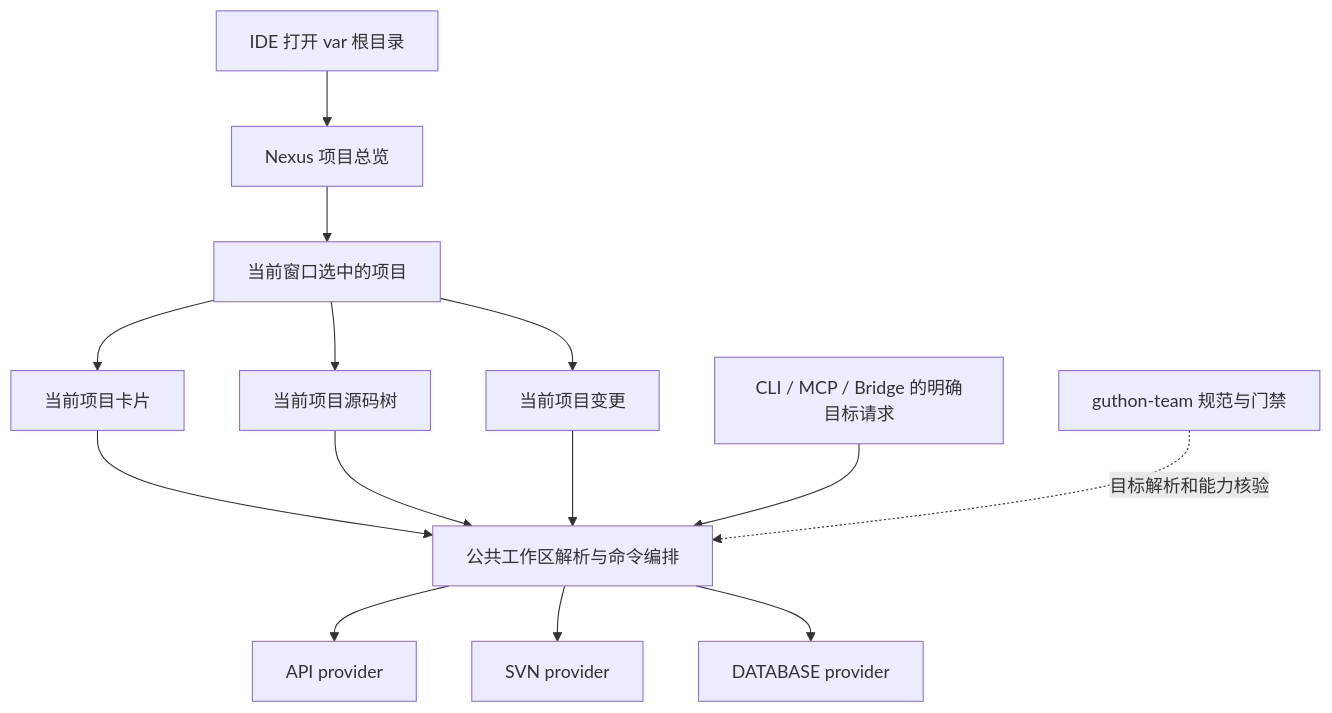
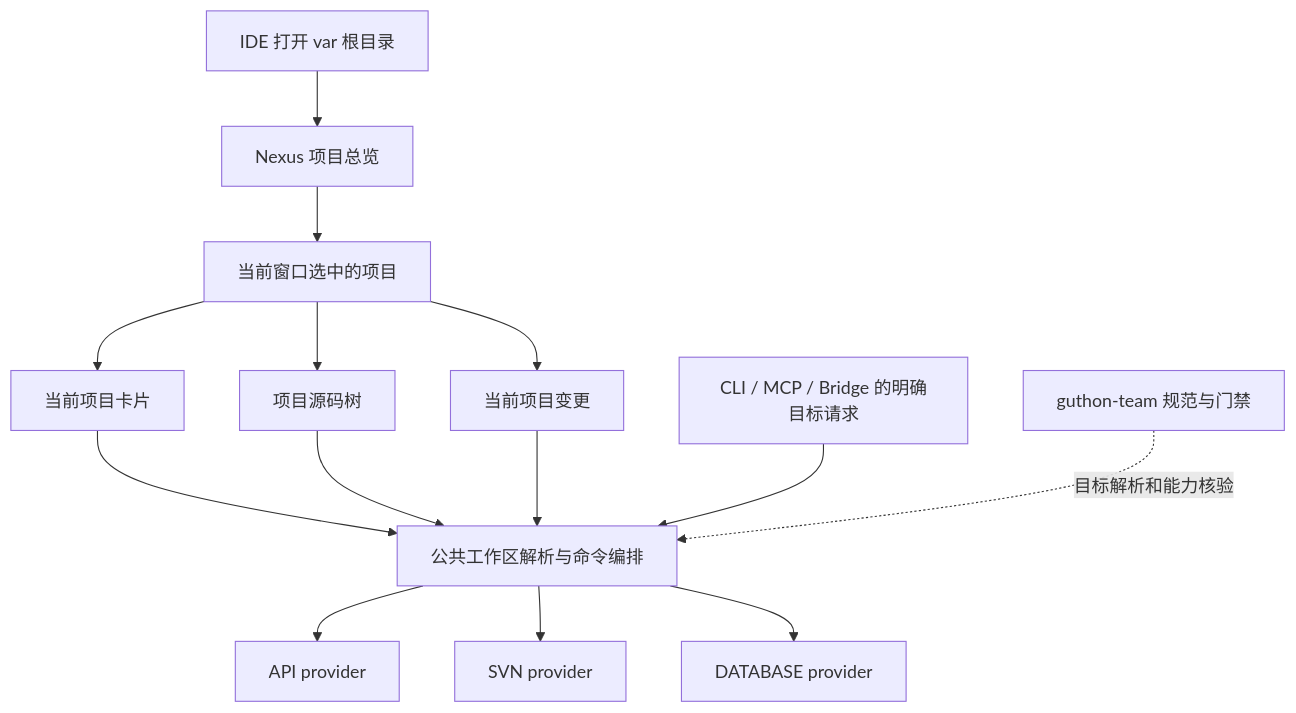
Before and after one commit to SidWuu/GuthonCodeTool: the diagram in docs/api-sync/long-term-unified-workspace-design.md, drawn with Mermaid. The commit also changed other lines of this file and 13 other files, not shown here.

First line of the commit message:
fix(nexus): 调整工作区初始化与源码视图

````diff
--- a/docs/api-sync/long-term-unified-workspace-design.md
+++ b/docs/api-sync/long-term-unified-workspace-design.md
@@ -67,16 +67,16 @@
 ```mermaid
 flowchart TD
     IDE[IDE 打开 var 根目录] --> Overview[Nexus 项目总览]
     Overview --> Selection[当前窗口选中的项目]
     Selection --> Card[当前项目卡片]
-    Selection --> Tree[当前项目源码树]
+    Selection --> Tree[项目源码树]
     Selection --> Changes[当前项目变更]
     Card --> Common[公共工作区解析与命令编排]
     Tree --> Common
     Changes --> Common
     CLI[CLI / MCP / Bridge 的明确目标请求] --> Common
     Common --> API[API provider]
     Common --> SVN[SVN provider]
     Common --> DB[DATABASE provider]
     Team[guthon-team 规范与门禁] -.目标解析和能力核验.-> Common
 ```
````
